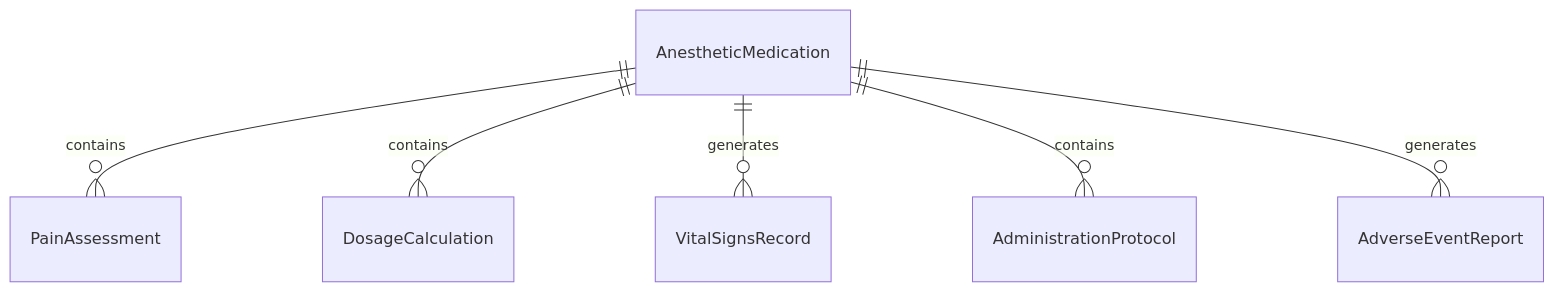
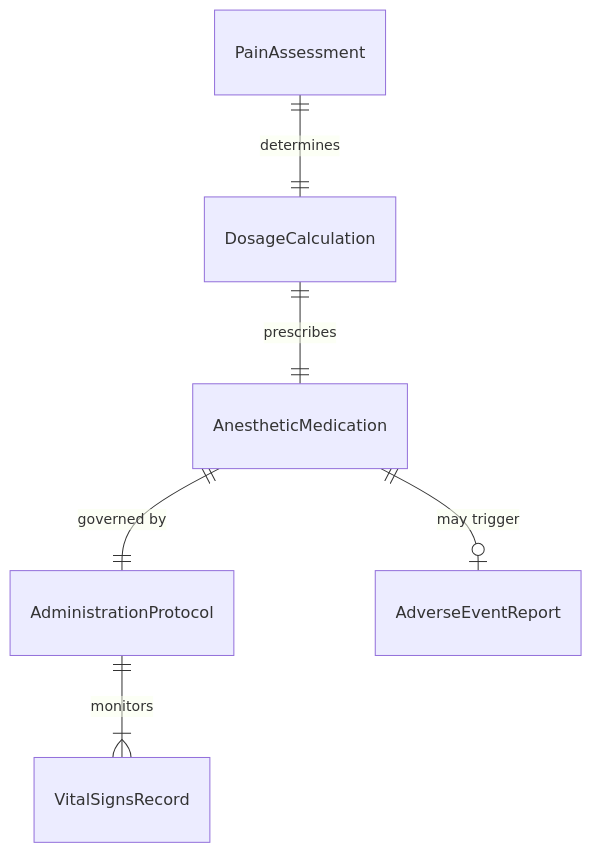
Before and after one commit to dot-org-ai/tasks.org.ai: the first of 4 diagrams in AssistingAndCaringForOthers/AdministerBasicHealthCareOrMedicalTreatments/AdministerAnestheticsSedativesControlPain.mdx, drawn with Mermaid. The commit also changed other lines of this file and 32 other files, not shown here.

First line of the commit message:
fix: Improve ER and State diagrams in 32 AssistingAndCaringForOthers DWA files

````diff
--- a/AssistingAndCaringForOthers/AdministerBasicHealthCareOrMedicalTreatments/AdministerAnestheticsSedativesControlPain.mdx
+++ b/AssistingAndCaringForOthers/AdministerBasicHealthCareOrMedicalTreatments/AdministerAnestheticsSedativesControlPain.mdx
@@ -88,8 +88,8 @@
 ```mermaid
 erDiagram
-    AnestheticMedication ||--o{ PainAssessment : contains
-    AnestheticMedication ||--o{ DosageCalculation : contains
-    AnestheticMedication ||--o{ VitalSignsRecord : generates
-    AnestheticMedication ||--o{ AdministrationProtocol : contains
-    AnestheticMedication ||--o{ AdverseEventReport : generates
+    PainAssessment ||--|| DosageCalculation : determines
+    DosageCalculation ||--|| AnestheticMedication : prescribes
+    AnestheticMedication ||--|| AdministrationProtocol : "governed by"
+    AdministrationProtocol ||--|{ VitalSignsRecord : monitors
+    AnestheticMedication ||--o| AdverseEventReport : "may trigger"
 ```
````
